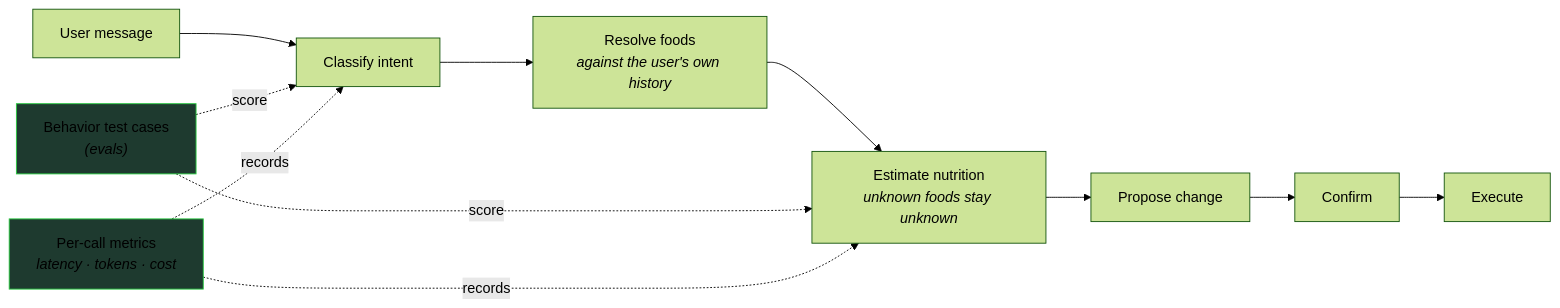
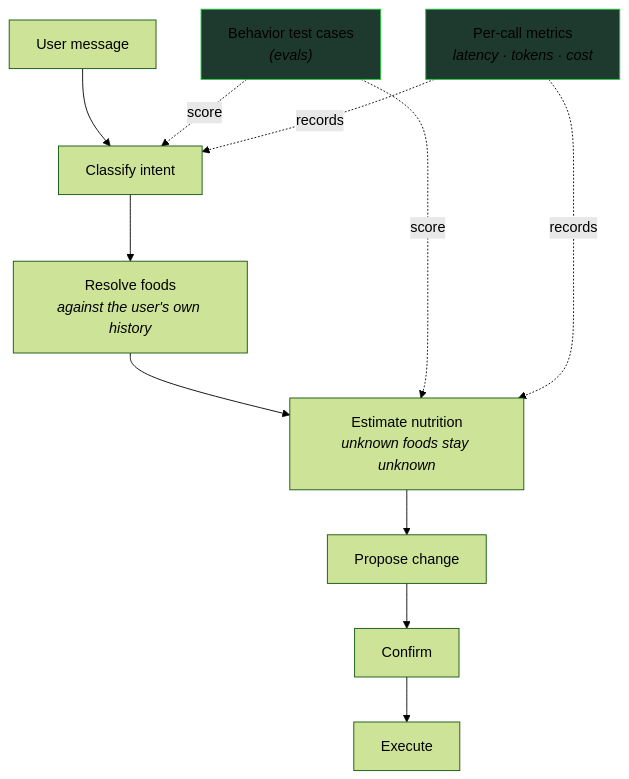
Before and after one commit to Sebastian-O-Rodriguez/showcase-routine-me: the second of 2 diagrams in README.md, drawn with Mermaid (forest theme). The commit also changed other lines of this file, not shown here.

Commit message:
docs: editorial pass — product context diagram, captioned screenshots, why-first eval section

````diff
--- a/README.md
+++ b/README.md
@@ -52,16 +68,16 @@
 ```mermaid
-flowchart LR
+flowchart TB
     U["User message"] --> C["Classify intent"]
     C --> N["Resolve foods<br/><i>against the user's own history</i>"]
     N --> E["Estimate nutrition<br/><i>unknown foods stay unknown</i>"]
     E --> P["Propose change"]
     P --> CF["Confirm"]
     CF --> X["Execute"]
 
     EV["Behavior test cases<br/><i>(evals)</i>"] -.->|score| C
     EV -.->|score| E
     OB["Per-call metrics<br/><i>latency · tokens · cost</i>"] -.->|records| C
     OB -.->|records| E
     style EV fill:#1e3a2f,stroke:#27c93f
     style OB fill:#1e3a2f,stroke:#27c93f
 ```
````
